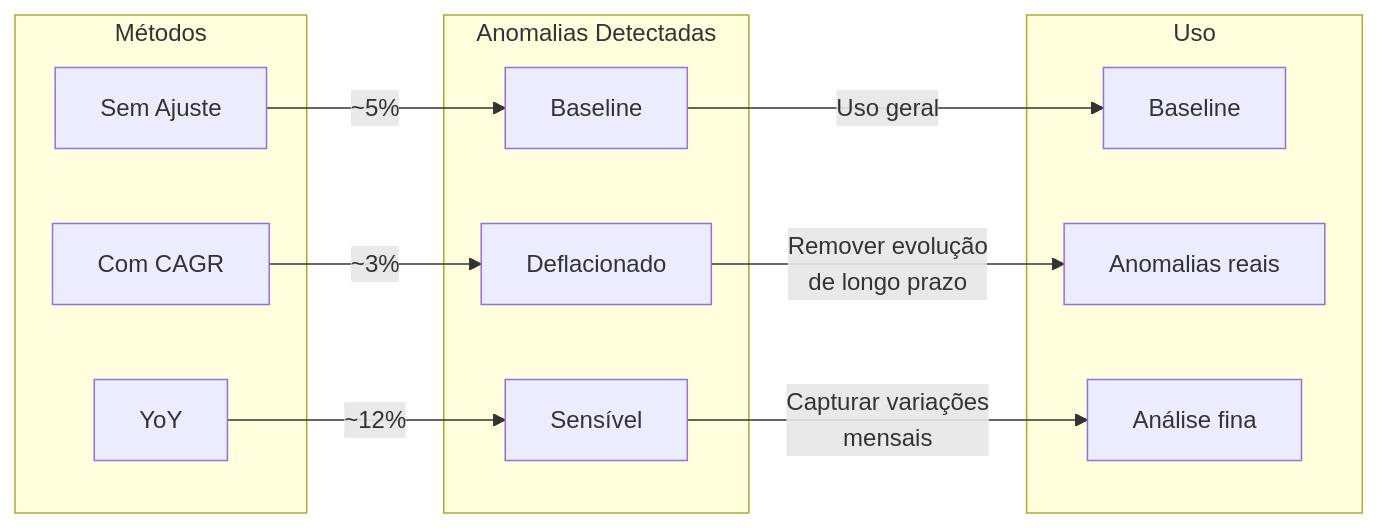
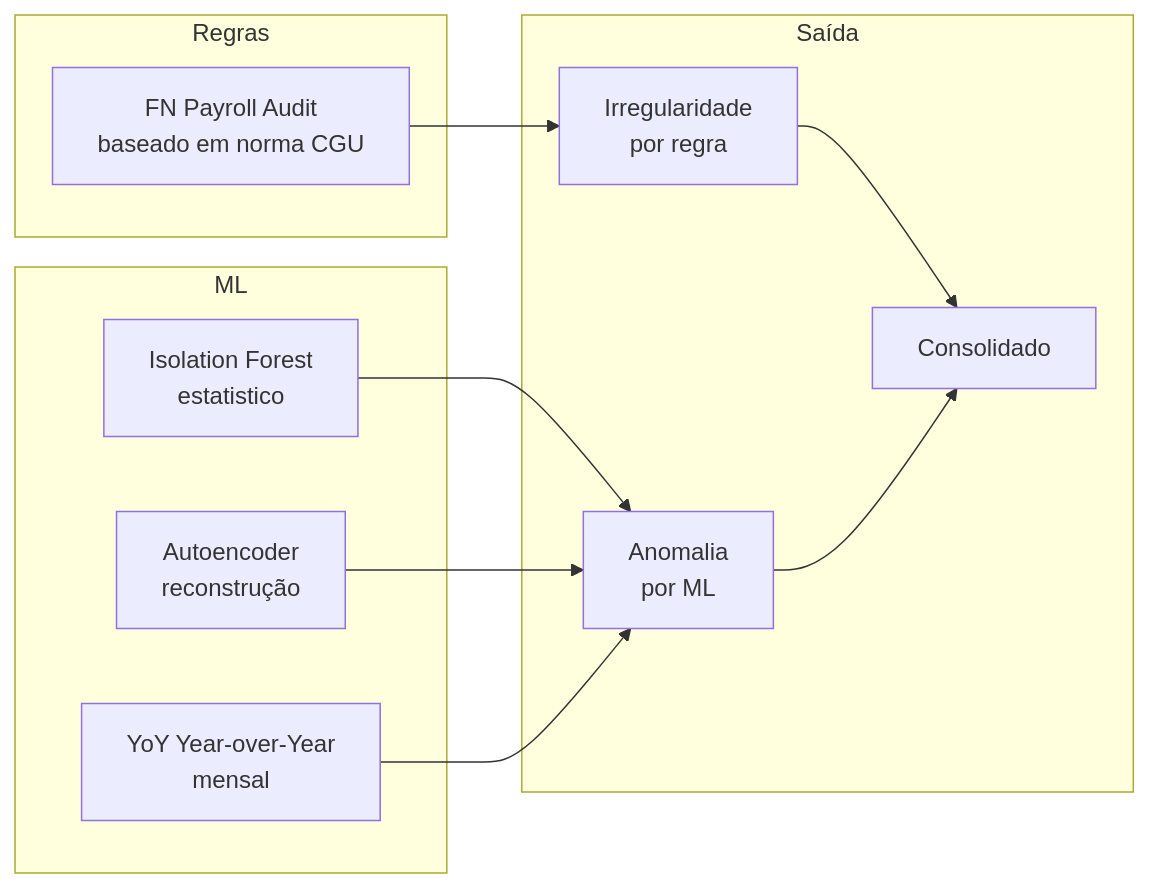
Before and after one commit to adapterbotcloud/confereai: the sixth of 8 diagrams in DIAGRAMS.md, drawn with Mermaid. The commit also changed other lines of this file and 7 other files, not shown here.

First line of the commit message:
feat: admin de regras + pipeline FN Payroll Audit + nova base SEPLAG

````diff
--- a/DIAGRAMS.md
+++ b/DIAGRAMS.md
@@ -89,20 +124,25 @@
 ```mermaid
 flowchart LR
-    subgraph Métodos
-        A[Sem Ajuste]
-        B[Com CAGR]
-        C[YoY]
+    subgraph Regras
+        A[FN Payroll Audit<br/>baseado em norma CGU]
     end
     
-    subgraph Anomalias Detectadas
-        A -->|~5%| D[Baseline]
-        B -->|~3%| E[Deflacionado]
-        C -->|~12%| F[Sensível]
+    subgraph ML
+        B[Isolation Forest<br/>estatistico]
+        C[Autoencoder<br/>reconstrução]
+        D[YoY Year-over-Year<br/>mensal]
     end
     
-    subgraph Uso
-        D -->|Uso geral| G[Baseline]
-        E -->|Remover evolução<br/>de longo prazo| H[Anomalias reais]
-        F -->|Capturar variações<br/>mensais| I[Análise fina]
+    subgraph Saída
+        E[Irregularidade<br/>por regra]
+        F[Anomalia<br/>por ML]
+        G[Consolidado]
     end
+    
+    A --> E
+    B --> F
+    C --> F
+    D --> F
+    E --> G
+    F --> G
 ```
````
